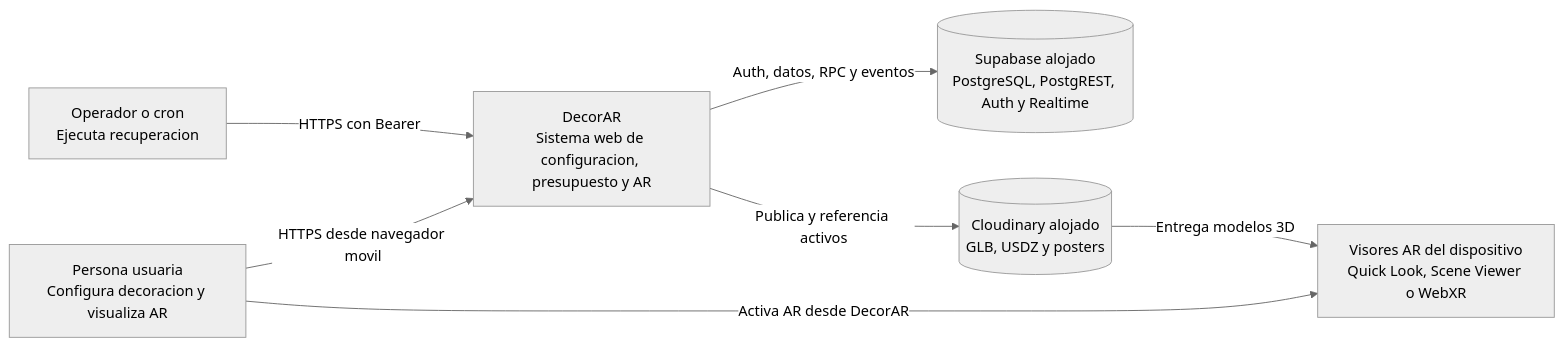
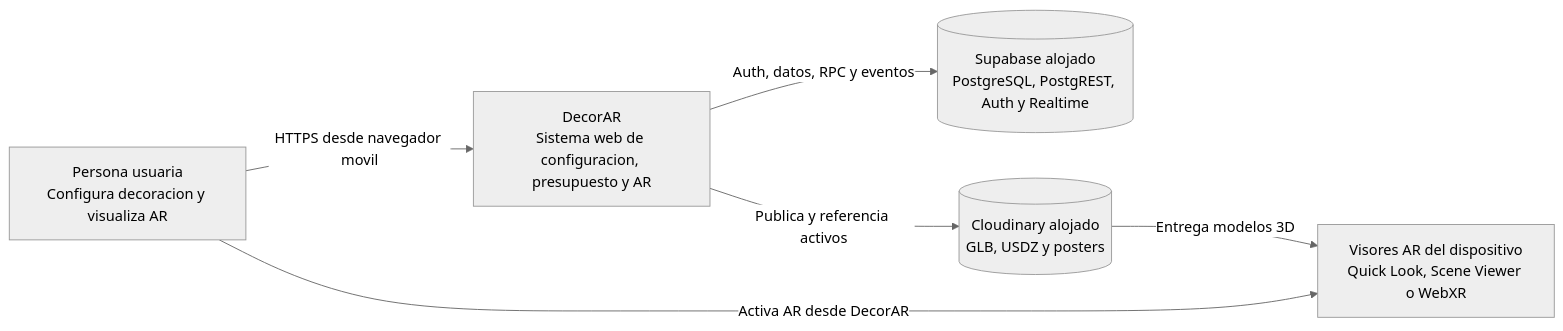
One commit to josemestre3009/DecorAr changed the diagram in docs/c4/context.md. Above: the diagram before and after it, drawn with Mermaid (neutral theme). The commit also changed 12 other files, not shown here.

````diff
--- a/docs/c4/context.md
+++ b/docs/c4/context.md
@@ -3,16 +3,14 @@
 ```mermaid
 flowchart LR
     user["Persona usuaria<br/>Configura decoracion y visualiza AR"]
-    operator["Operador o cron<br/>Ejecuta recuperacion"]
     decorar["DecorAR<br/>Sistema web de configuracion, presupuesto y AR"]
     supabase[("Supabase alojado<br/>PostgreSQL, PostgREST, Auth y Realtime")]
     cloudinary[("Cloudinary alojado<br/>GLB, USDZ y posters")]
     viewers["Visores AR del dispositivo<br/>Quick Look, Scene Viewer o WebXR"]
 
     user -->|"HTTPS desde navegador movil"| decorar
-    operator -->|"HTTPS con Bearer"| decorar
     decorar -->|"Auth, datos, RPC y eventos"| supabase
     decorar -->|"Publica y referencia activos"| cloudinary
     user -->|"Activa AR desde DecorAR"| viewers
     cloudinary -->|"Entrega modelos 3D"| viewers
 ```
````
